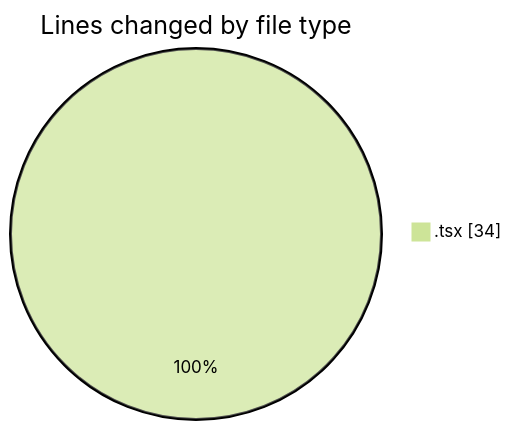
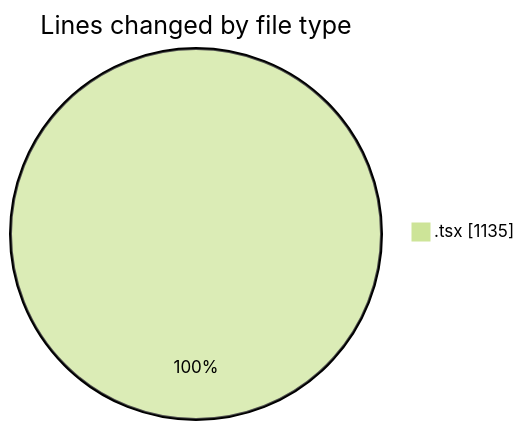
Before and after one commit to momahboobian/code-tracking: the first of 2 diagrams in 2025-09-24/cda/README.md, drawn with Mermaid (forest theme). The commit also changed other lines of this file and 1 other file, not shown here.

````diff
--- a/2025-09-24/cda/README.md
+++ b/2025-09-24/cda/README.md
@@ -20,5 +21,5 @@
 ```mermaid
 pie showData
 title Lines changed by file type
-".tsx" : 34
+".tsx" : 1135
 ```
````
